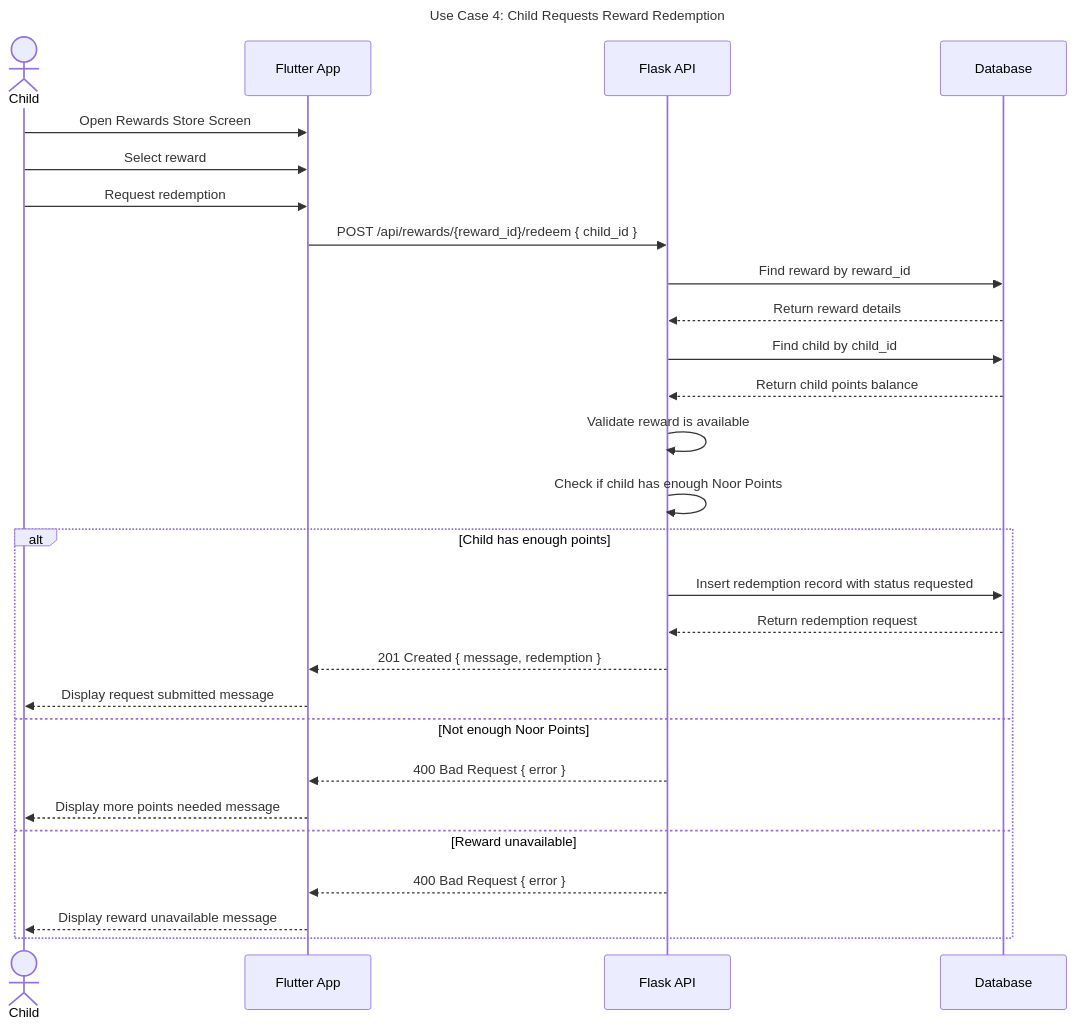
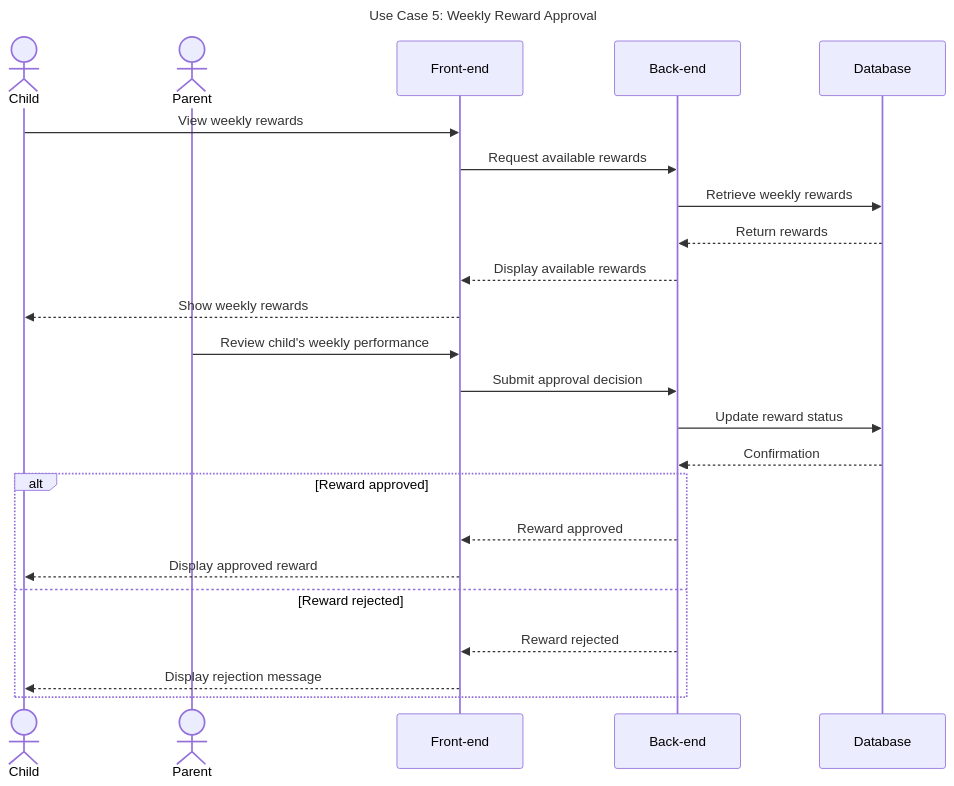
Before and after one commit to Norahxj/HolbertonSchool-Portfolio_Project: the seventh of 7 diagrams in STAGE3/Asalah_Technical_Documentation.md, drawn with Mermaid. The commit also changed other lines of this file and 2 other files, not shown here.

````diff
--- a/STAGE3/Asalah_Technical_Documentation.md
+++ b/STAGE3/Asalah_Technical_Documentation.md
@@ -567,37 +763,32 @@
 ```mermaid
 sequenceDiagram
-    title Use Case 4: Child Requests Reward Redemption
+    title Use Case 5: Weekly Reward Approval
 
     actor Child
-    participant FlutterApp as Flutter App
-    participant FlaskAPI as Flask API
-    participant Database as Database
+    actor Parent
+    participant FrontEnd as Front-end
+    participant BackEnd as Back-end
+    participant Database
 
-    Child->>FlutterApp: Open Rewards Store Screen
-    Child->>FlutterApp: Select reward
-    Child->>FlutterApp: Request redemption
+    Child->>FrontEnd: View weekly rewards
+    FrontEnd->>BackEnd: Request available rewards
 
-    FlutterApp->>FlaskAPI: POST /api/rewards/{reward_id}/redeem { child_id }
+    BackEnd->>Database: Retrieve weekly rewards
+    Database-->>BackEnd: Return rewards
+    BackEnd-->>FrontEnd: Display available rewards
+    FrontEnd-->>Child: Show weekly rewards
 
-    FlaskAPI->>Database: Find reward by reward_id
-    Database-->>FlaskAPI: Return reward details
+    Parent->>FrontEnd: Review child's weekly performance
+    FrontEnd->>BackEnd: Submit approval decision
 
-    FlaskAPI->>Database: Find child by child_id
-    Database-->>FlaskAPI: Return child points balance
+    BackEnd->>Database: Update reward status
+    Database-->>BackEnd: Confirmation
 
-    FlaskAPI->>FlaskAPI: Validate reward is available
-    FlaskAPI->>FlaskAPI: Check if child has enough Noor Points
-
-    alt Child has enough points
-        FlaskAPI->>Database: Insert redemption record with status requested
-        Database-->>FlaskAPI: Return redemption request
-        FlaskAPI-->>FlutterApp: 201 Created { message, redemption }
-        FlutterApp-->>Child: Display request submitted message
-    else Not enough Noor Points
-        FlaskAPI-->>FlutterApp: 400 Bad Request { error }
-        FlutterApp-->>Child: Display more points needed message
-    else Reward unavailable
-        FlaskAPI-->>FlutterApp: 400 Bad Request { error }
-        FlutterApp-->>Child: Display reward unavailable message
+    alt Reward approved
+        BackEnd-->>FrontEnd: Reward approved
+        FrontEnd-->>Child: Display approved reward
+    else Reward rejected
+        BackEnd-->>FrontEnd: Reward rejected
+        FrontEnd-->>Child: Display rejection message
     end
 ```
````
